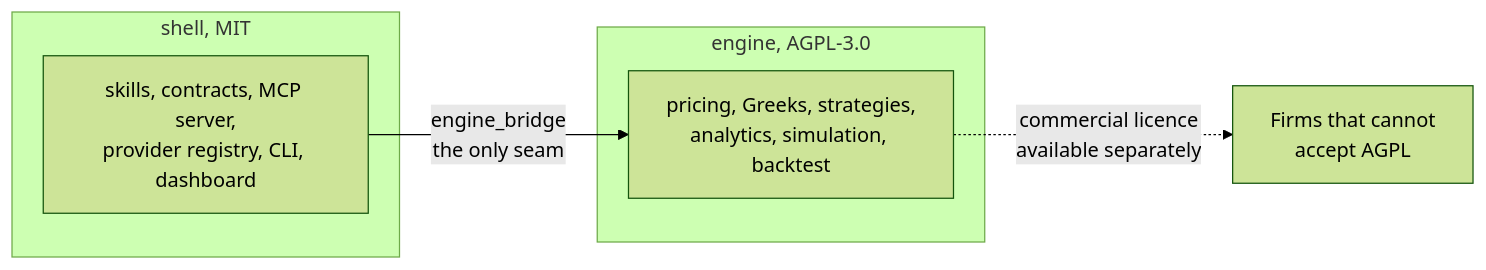
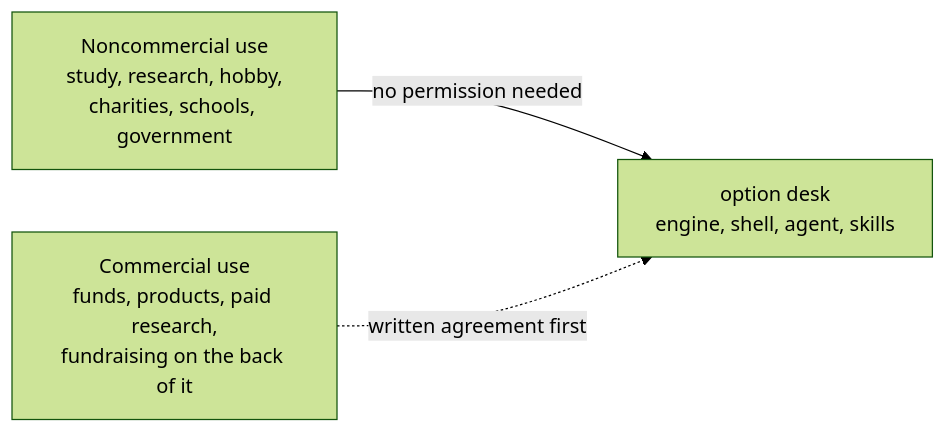
Before and after one commit to Iman/agent-driven-options-desk-and-skills: the seventh of 7 diagrams in README.md, drawn with Mermaid (forest theme). The commit also changed other lines of this file and 47 other files, not shown here.

````diff
--- a/README.md
+++ b/README.md
@@ -916,11 +929,9 @@
 ```mermaid
 flowchart LR
-    subgraph mit["shell, MIT"]
-        s1["skills, contracts, MCP server,<br/>provider registry, CLI, dashboard"]
-    end
-    subgraph agpl["engine, AGPL-3.0"]
-        e1["pricing, Greeks, strategies,<br/>analytics, simulation, backtest"]
-    end
-    s1 -->|"engine_bridge<br/>the only seam"| e1
-    e1 -.->|"commercial licence<br/>available separately"| buy["Firms that cannot<br/>accept AGPL"]
+    free["Noncommercial use<br/>study, research, hobby,<br/>charities, schools, government"]
+    work["option desk<br/>engine, shell, agent, skills"]
+    paid["Commercial use<br/>funds, products, paid research,<br/>fundraising on the back of it"]
+
+    free -->|"no permission needed"| work
+    paid -.->|"written agreement first"| work
 ```
````
